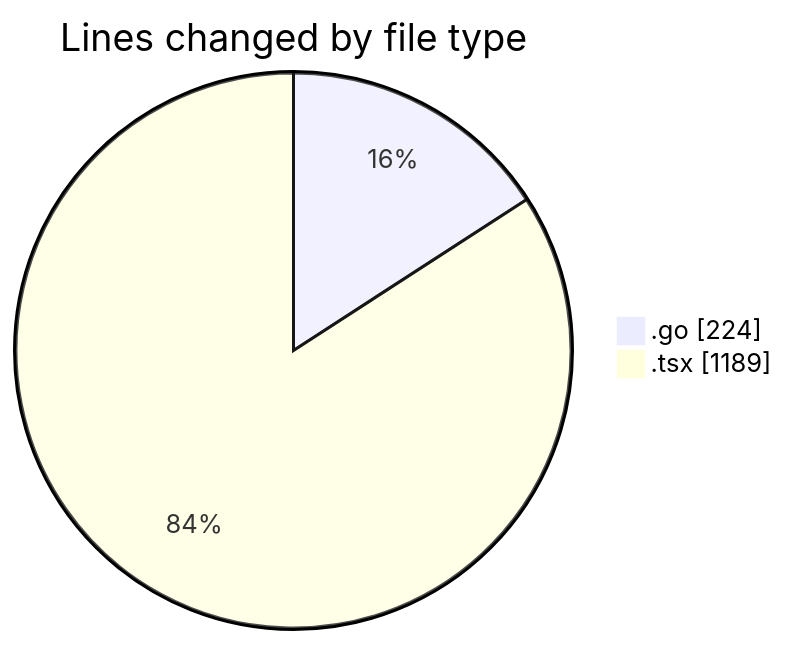
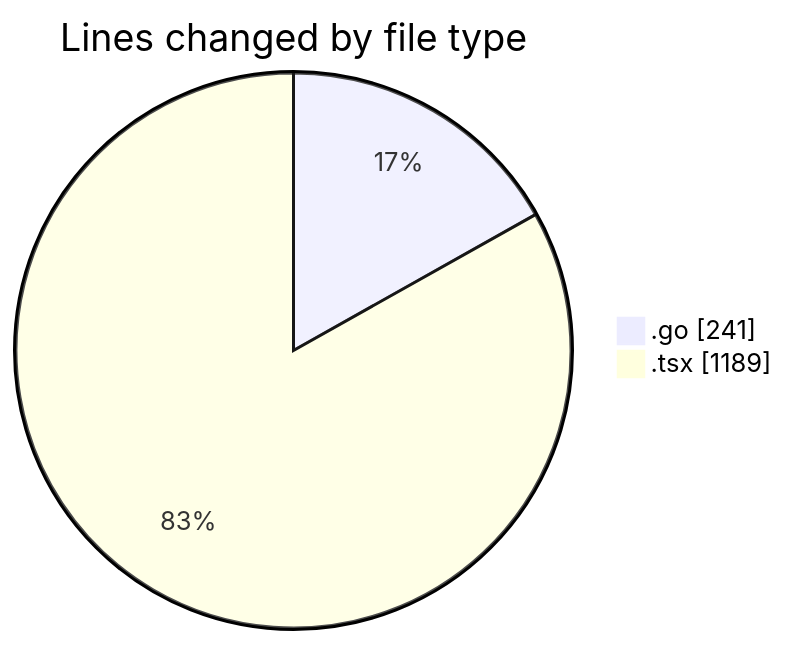
Before and after one commit to robertbonfada/code-tracking: the first of 2 diagrams in 2025-03-05/termonied_testador/README.md, drawn with Mermaid. The commit also changed other lines of this file and 1 other file, not shown here.

````diff
--- a/2025-03-05/termonied_testador/README.md
+++ b/2025-03-05/termonied_testador/README.md
@@ -25,6 +25,6 @@
 ```mermaid
 pie showData
 title Lines changed by file type
-".go" : 224
+".go" : 241
 ".tsx" : 1189
 ```
````
